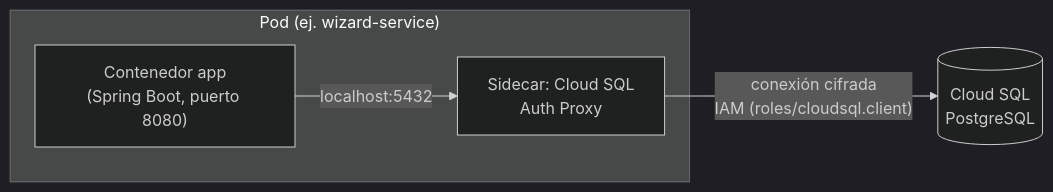
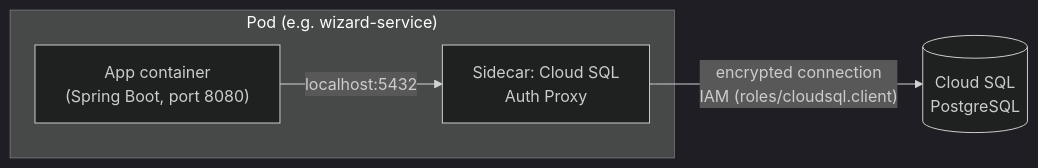
Before and after one commit to aabse/hogwarts-backend: the diagram in GKE_GCP_DEPLOYMENT/06_cloud_sql_database.md, drawn with Mermaid (dark theme). The commit also changed other lines of this file and 14 other files, not shown here.

````diff
--- a/GKE_GCP_DEPLOYMENT/06_cloud_sql_database.md
+++ b/GKE_GCP_DEPLOYMENT/06_cloud_sql_database.md
@@ -15,9 +15,9 @@
 ```mermaid
 flowchart LR
-    subgraph Pod["Pod (ej. wizard-service)"]
-      APP["Contenedor app<br/>(Spring Boot, puerto 8080)"]
+    subgraph Pod["Pod (e.g. wizard-service)"]
+      APP["App container<br/>(Spring Boot, port 8080)"]
       PROXY["Sidecar: Cloud SQL<br/>Auth Proxy"]
       APP -->|"localhost:5432"| PROXY
     end
-    PROXY -->|"conexión cifrada<br/>IAM (roles/cloudsql.client)"| SQL[("Cloud SQL<br/>PostgreSQL")]
+    PROXY -->|"encrypted connection<br/>IAM (roles/cloudsql.client)"| SQL[("Cloud SQL<br/>PostgreSQL")]
 ```
````
